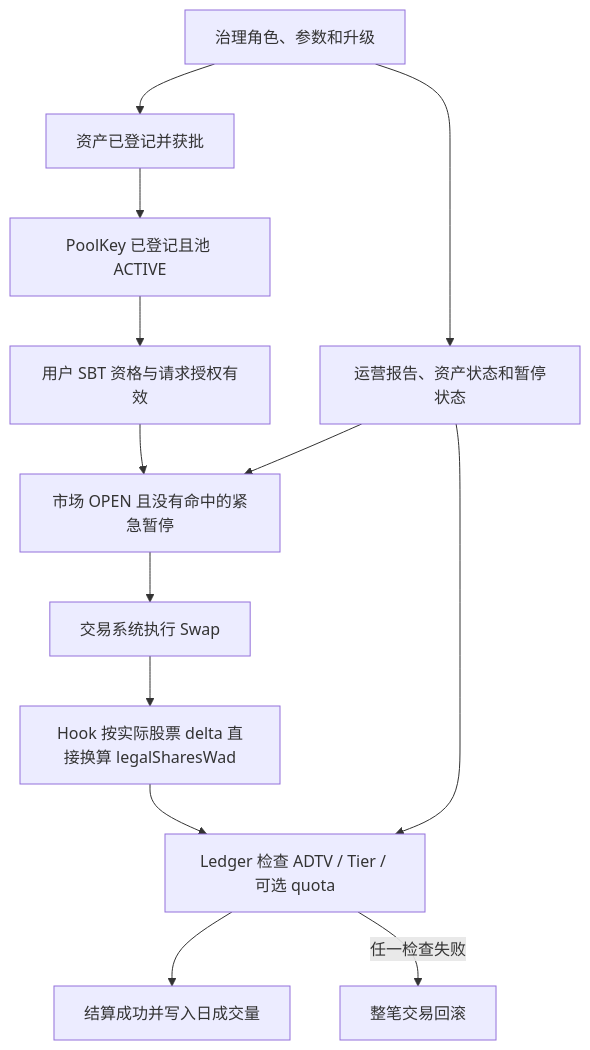
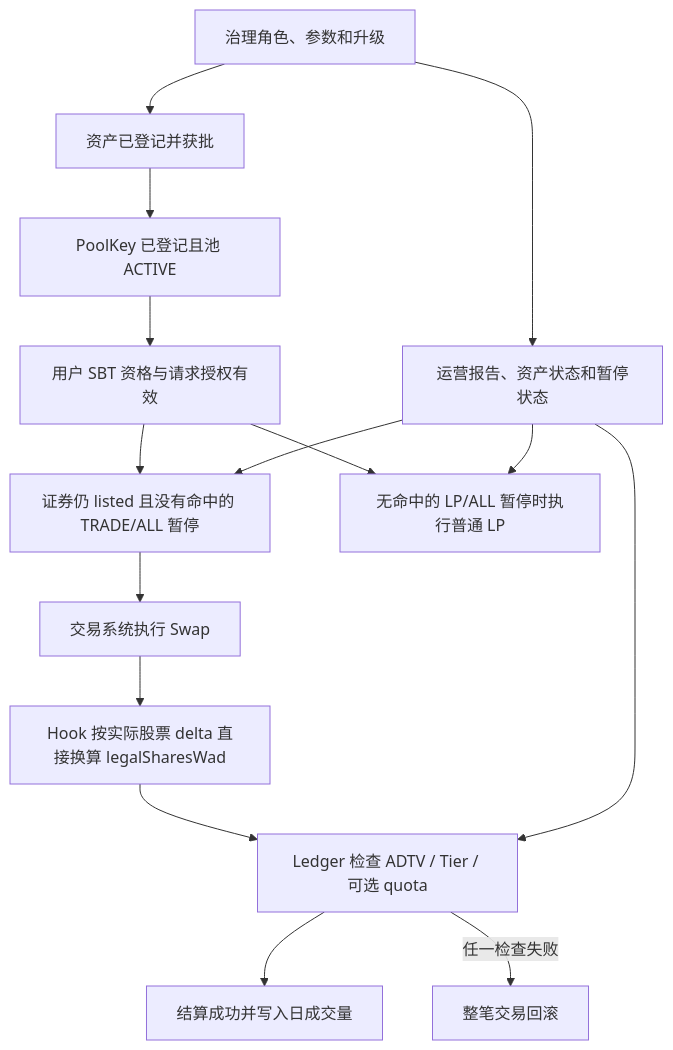
One commit to okx/tsv changed the tenth of 10 diagrams in docs/SYSTEMS_OVERVIEW.md. Above: the diagram before and after it, drawn with Mermaid. The commit also changed other lines of this file and 15 other files, not shown here.

````diff
--- a/docs/SYSTEMS_OVERVIEW.md
+++ b/docs/SYSTEMS_OVERVIEW.md
@@ -690,15 +702,17 @@
 ```mermaid
 flowchart TD
   A[资产已登记并获批] --> B[PoolKey 已登记且池 ACTIVE]
   B --> C[用户 SBT 资格与请求授权有效]
-  C --> D[市场 OPEN 且没有命中的紧急暂停]
+  C --> D[证券仍 listed 且没有命中的 TRADE/ALL 暂停]
+  C --> LP[无命中的 LP/ALL 暂停时执行普通 LP]
+  R --> LP
   D --> E[交易系统执行 Swap]
   E --> F[Hook 按实际股票 delta 直接换算 legalSharesWad]
   F --> G[Ledger 检查 ADTV / Tier / 可选 quota]
   G --> H[结算成功并写入日成交量]
   G -->|任一检查失败| X[整笔交易回滚]
   R[运营报告、资产状态和暂停状态] --> D
   R --> G
   T[治理角色、参数和升级] --> R
   T --> A
 ```
````
